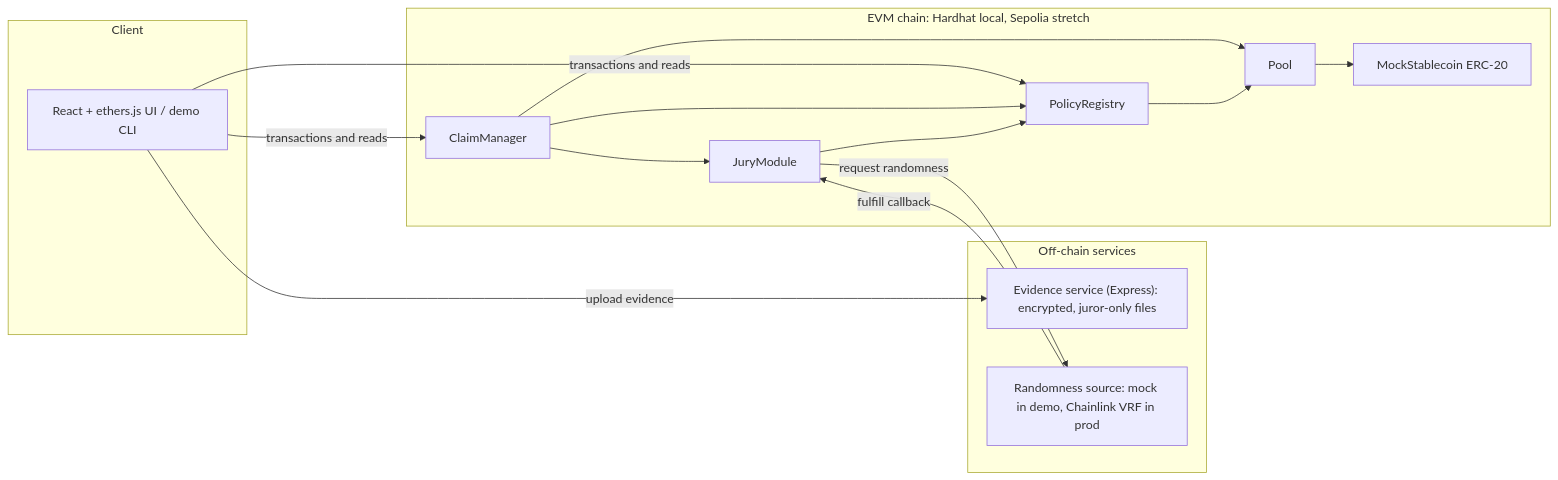
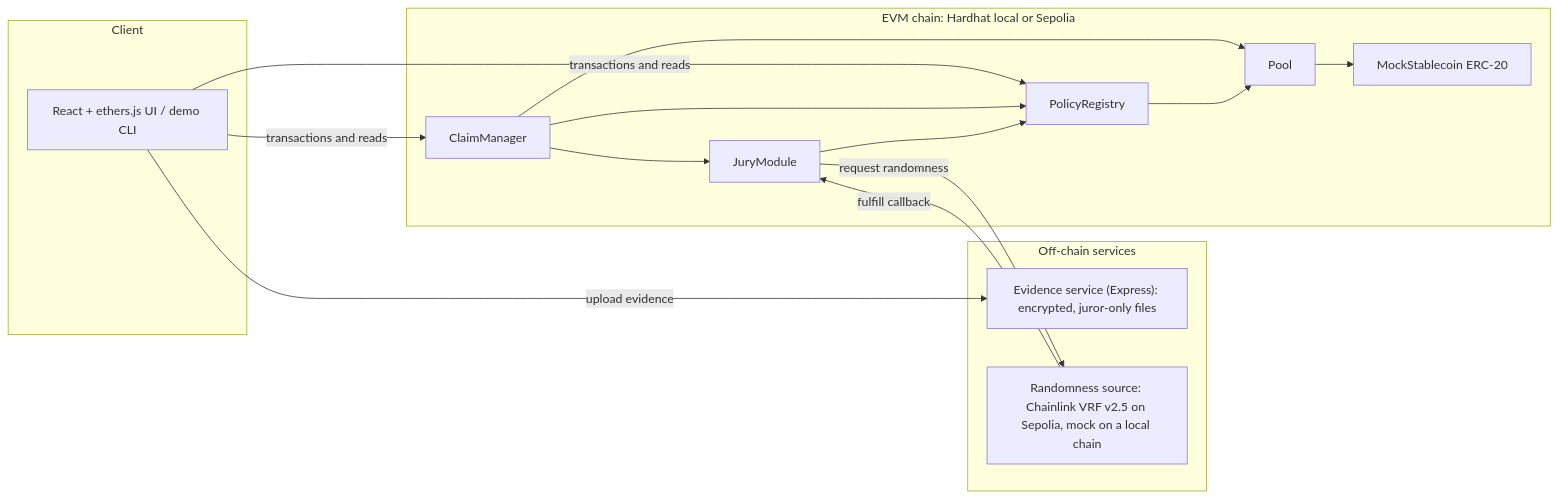
One commit to StephanieNgu/trust-pool changed the first of 5 diagrams in docs/design-doc.md. Above: the diagram before and after it, drawn with Mermaid. The commit also changed other lines of this file and 15 other files, not shown here.

First line of the commit message:
Draw juries with Chainlink VRF v2.5 on Sepolia

````diff
--- a/docs/design-doc.md
+++ b/docs/design-doc.md
@@ -15,31 +15,31 @@
 ```mermaid
 flowchart LR
     subgraph Client
         UI["React + ethers.js UI / demo CLI"]
     end
 
     subgraph OffChain["Off-chain services"]
         IPFS["Evidence service (Express): encrypted, juror-only files"]
-        RNG["Randomness source: mock in demo, Chainlink VRF in prod"]
+        RNG["Randomness source: Chainlink VRF v2.5 on Sepolia, mock on a local chain"]
     end
 
-    subgraph OnChain["EVM chain: Hardhat local, Sepolia stretch"]
+    subgraph OnChain["EVM chain: Hardhat local or Sepolia"]
         PR["PolicyRegistry"]
         POOL["Pool"]
         CM["ClaimManager"]
         JM["JuryModule"]
         TOK["MockStablecoin ERC-20"]
     end
 
     UI -->|"upload evidence"| IPFS
     UI -->|"transactions and reads"| PR
     UI -->|"transactions and reads"| CM
     CM --> PR
     CM --> JM
     CM --> POOL
     JM --> PR
     JM -->|"request randomness"| RNG
     RNG -->|"fulfill callback"| JM
     POOL --> TOK
     PR --> POOL
 ```
````
